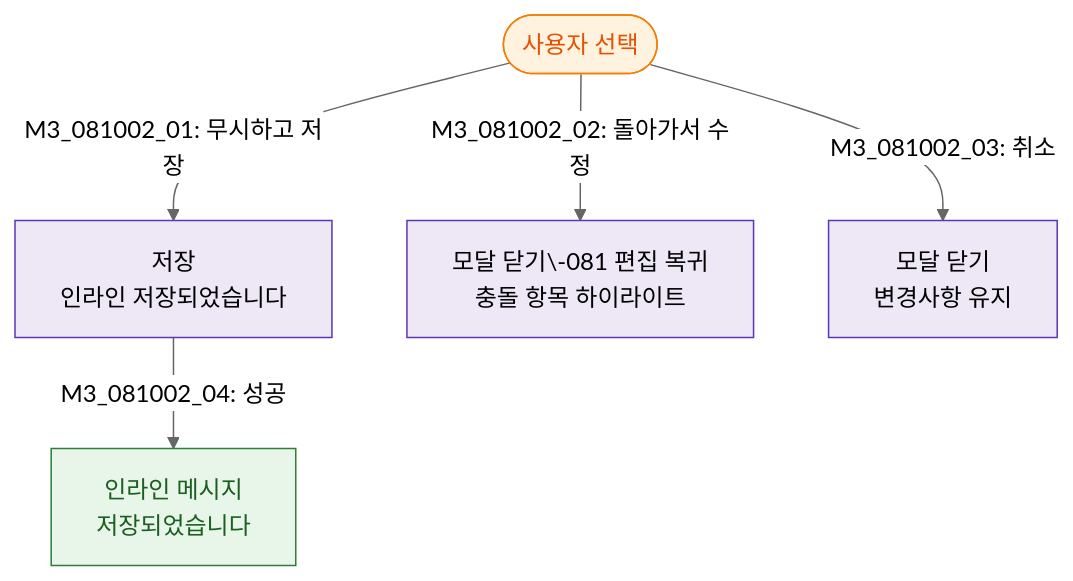
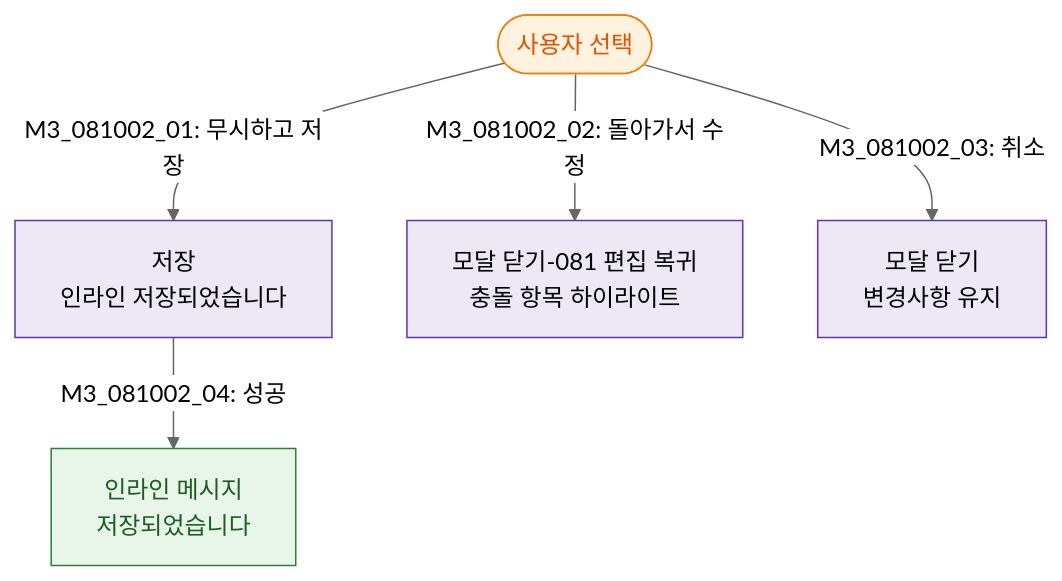
The diagram in docs/admin/다이어그램/D09_설정관리/DLG/DLG-081-002_충돌경고/M3_결과분기.md (dev-spogym/admin-pando), drawn with Mermaid (neutral theme) before and after one commit. The commit also changed 369 other files, not shown here.

````diff
--- a/docs/admin/다이어그램/D09_설정관리/DLG/DLG-081-002_충돌경고/M3_결과분기.md
+++ b/docs/admin/다이어그램/D09_설정관리/DLG/DLG-081-002_충돌경고/M3_결과분기.md
@@ -12,15 +12,15 @@
 ```mermaid
 flowchart TD
     Action([사용자 선택]) -->|"M3_081002_01: 무시하고 저장"|ForceSave[저장\n인라인 저장되었습니다]
-    Action -->|"M3_081002_02: 돌아가서 수정"|FixConflict[모달 닫기\-081 편집 복귀\n충돌 항목 하이라이트]
+    Action -->|"M3_081002_02: 돌아가서 수정"|FixConflict[모달 닫기-081 편집 복귀\n충돌 항목 하이라이트]
     Action -->|"M3_081002_03: 취소"|CancelPath[모달 닫기\n변경사항 유지]
 
     ForceSave -->|"M3_081002_04: 성공"|T_SaveOK[인라인 메시지\n저장되었습니다]
 
     classDef modal fill:#FFF3E0,stroke:#F57C00,color:#E65100
     classDef success fill:#E8F5E9,stroke:#2E7D32,color:#1B5E20
     classDef system fill:#EDE7F6,stroke:#5E35B2
     class Action modal
     class T_SaveOK success
     class ForceSave,FixConflict,CancelPath system
 ```
````
